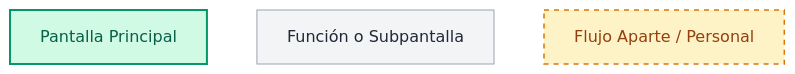
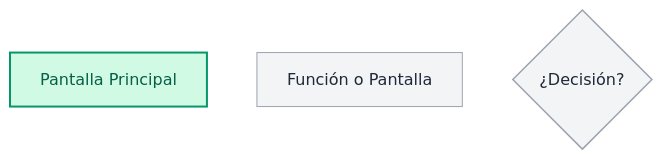
Before and after one commit to SantiagoPrada2005/flotax: the first of 7 diagrams in docs/user-flows.md, drawn with Mermaid (base theme). The commit also changed other lines of this file and 25 other files, not shown here.

````diff
--- a/docs/user-flows.md
+++ b/docs/user-flows.md
@@ -19,10 +19,10 @@
 ```mermaid
 graph TD
     classDef mainScreen fill:#d1fae5,stroke:#059669,stroke-width:2px,color:#065f46;
     classDef subScreen fill:#f3f4f6,stroke:#9ca3af,stroke-width:1px,color:#1f2937;
-    classDef staffFlow fill:#fef3c7,stroke:#d97706,stroke-dasharray: 5 5,stroke-width:1.5px,color:#92400e;
+    classDef decision fill:#f3f4f6,stroke:#9ca3af,stroke-width:1.5px,color:#1f2937;
 
-    A[Pantalla Principal]:::mainScreen
-    B[Función o Subpantalla]:::subScreen
-    C[Flujo Aparte / Personal]:::staffFlow
+    A["Pantalla Principal"]:::mainScreen
+    B["Función o Pantalla"]:::subScreen
+    C{"¿Decisión?"}:::decision
 ```
````
